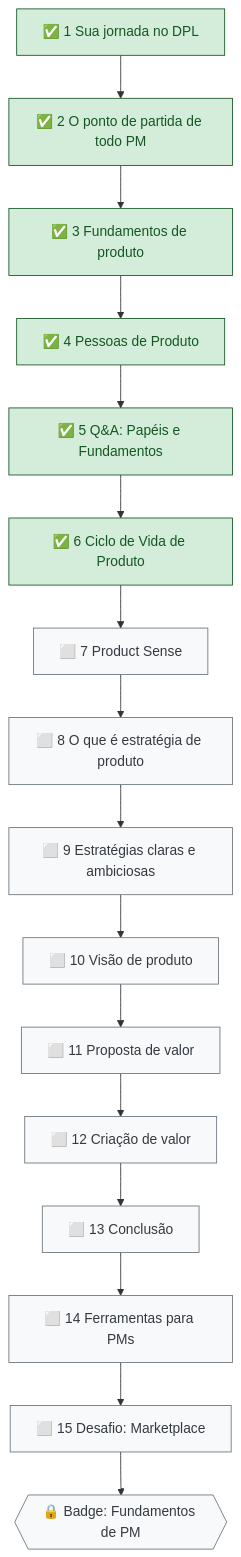
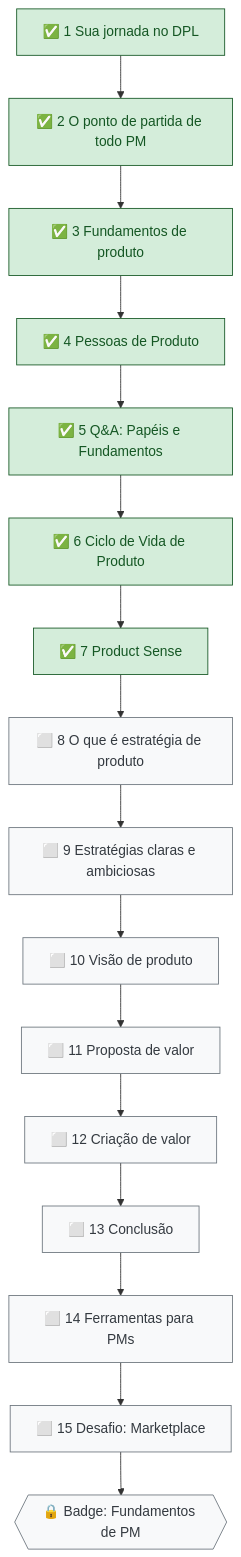
Before and after one commit to letsprown-code/po-learning-journal: the second of 2 diagrams in mapa-de-estudos.md, drawn with Mermaid. The commit also changed other lines of this file and 9 other files, not shown here.

First line of the commit message:
DPL 01: aula 7 (Product Sense); imagens no design system Let's Code (Opção C)

```diff
--- a/mapa-de-estudos.md
+++ b/mapa-de-estudos.md
@@ -42,13 +42,13 @@
 ~~~mermaid
 flowchart TD
     L1["✅ 1 Sua jornada no DPL"] --> L2["✅ 2 O ponto de partida de todo PM"] --> L3["✅ 3 Fundamentos de produto"]
     L3 --> L4["✅ 4 Pessoas de Produto"] --> L5["✅ 5 Q&A: Papéis e Fundamentos"] --> L6["✅ 6 Ciclo de Vida de Produto"]
-    L6 --> L7["⬜ 7 Product Sense"] --> L8["⬜ 8 O que é estratégia de produto"] --> L9["⬜ 9 Estratégias claras e ambiciosas"]
+    L6 --> L7["✅ 7 Product Sense"] --> L8["⬜ 8 O que é estratégia de produto"] --> L9["⬜ 9 Estratégias claras e ambiciosas"]
     L9 --> L10["⬜ 10 Visão de produto"] --> L11["⬜ 11 Proposta de valor"] --> L12["⬜ 12 Criação de valor"]
     L12 --> L13["⬜ 13 Conclusão"] --> L14["⬜ 14 Ferramentas para PMs"] --> L15["⬜ 15 Desafio: Marketplace"]
     L15 --> B{{"🔒 Badge: Fundamentos de PM"}}
     classDef done fill:#d4edda,stroke:#155724,color:#155724
     classDef todo fill:#f8f9fa,stroke:#6c757d,color:#343a40
-    class L1,L2,L3,L4,L5,L6 done
-    class L7,L8,L9,L10,L11,L12,L13,L14,L15,B todo
+    class L1,L2,L3,L4,L5,L6,L7 done
+    class L8,L9,L10,L11,L12,L13,L14,L15,B todo
 ~~~
```
